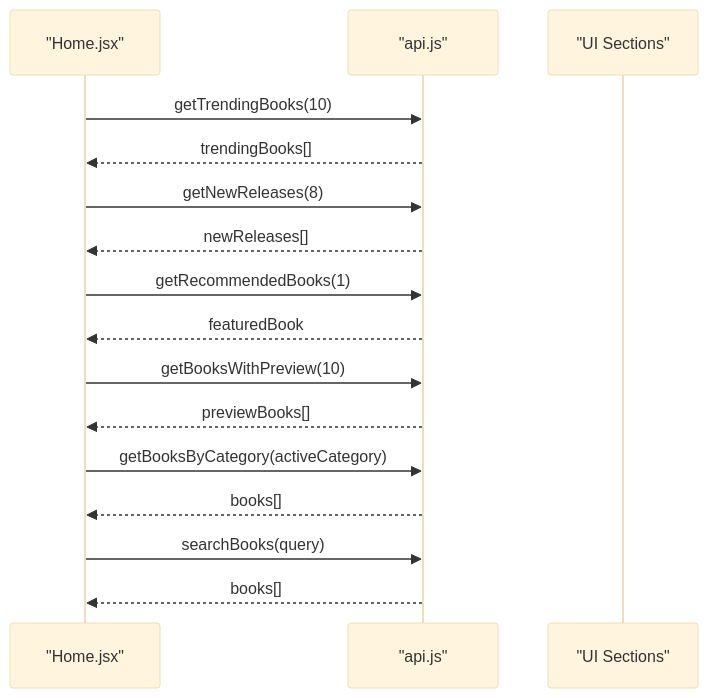
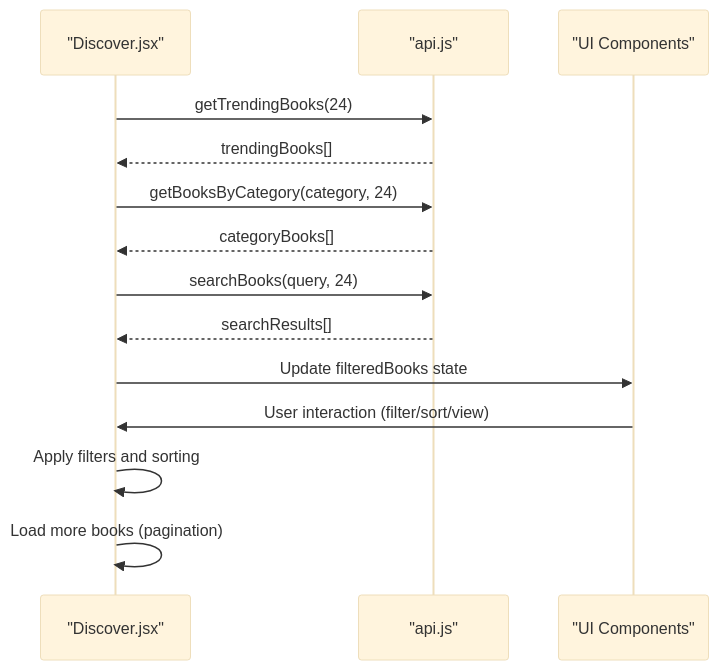
One commit to ganesh-NB/readsphere changed the sixth of 9 diagrams in .qoder/repowiki/en/content/Frontend Component Architecture/Frontend Component Architecture.md. Above: the diagram before and after it, drawn with Mermaid (base theme). The commit also changed other lines of this file and 46 other files, not shown here.

````diff
--- a/.qoder/repowiki/en/content/Frontend Component Architecture/Frontend Component Architecture.md
+++ b/.qoder/repowiki/en/content/Frontend Component Architecture/Frontend Component Architecture.md
@@ -281,18 +324,16 @@
 ```mermaid
 sequenceDiagram
-participant Home as "Home.jsx"
+participant Discover as "Discover.jsx"
 participant API as "api.js"
-participant UI as "UI Sections"
-Home->>API : getTrendingBooks(10)
-API-->>Home : trendingBooks[]
-Home->>API : getNewReleases(8)
-API-->>Home : newReleases[]
-Home->>API : getRecommendedBooks(1)
-API-->>Home : featuredBook
-Home->>API : getBooksWithPreview(10)
-API-->>Home : previewBooks[]
-Home->>API : getBooksByCategory(activeCategory)
-API-->>Home : books[]
-Home->>API : searchBooks(query)
-API-->>Home : books[]
+participant UI as "UI Components"
+Discover->>API : getTrendingBooks(24)
+API-->>Discover : trendingBooks[]
+Discover->>API : getBooksByCategory(category, 24)
+API-->>Discover : categoryBooks[]
+Discover->>API : searchBooks(query, 24)
+API-->>Discover : searchResults[]
+Discover->>UI : Update filteredBooks state
+UI->>Discover : User interaction (filter/sort/view)
+Discover->>Discover : Apply filters and sorting
+Discover->>Discover : Load more books (pagination)
 ```
````
